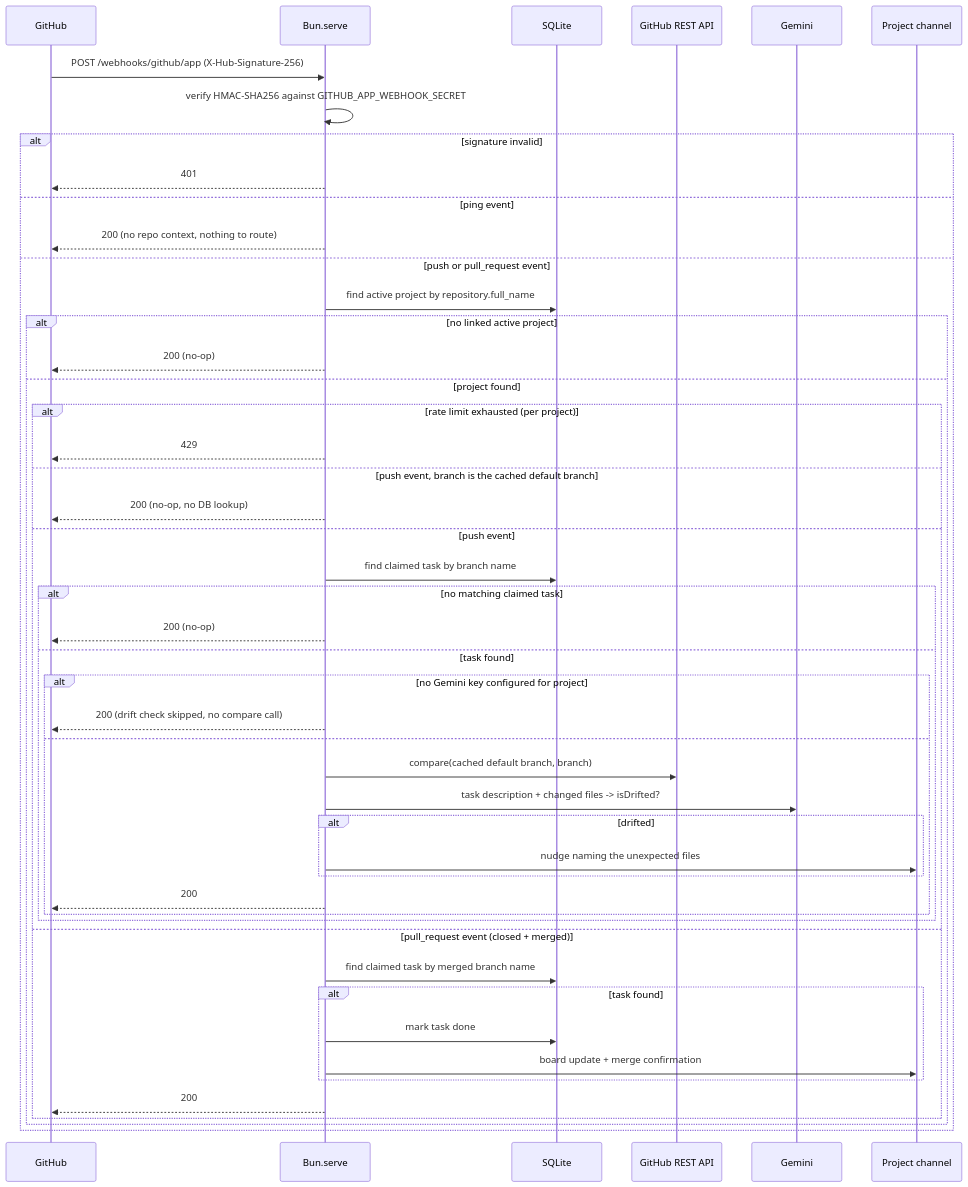
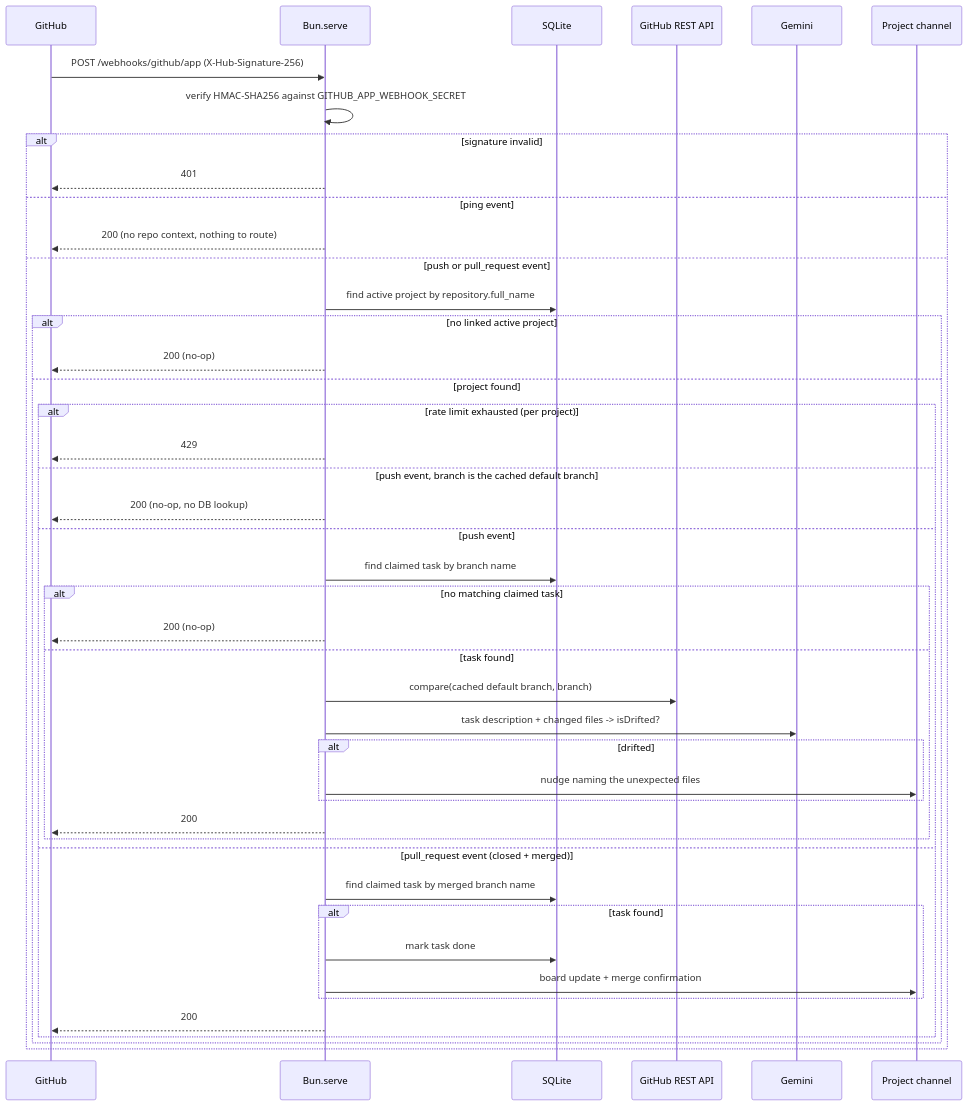
One commit to PratikDev/spud changed the second of 2 diagrams in README.md. Above: the diagram before and after it, drawn with Mermaid. The commit also changed other lines of this file, not shown here.

Commit message:
Document the shared Gemini key in the README

````diff
--- a/README.md
+++ b/README.md
@@ -62,51 +61,47 @@
 ```mermaid
 sequenceDiagram
     participant GH as GitHub
     participant HTTP as Bun.serve
     participant DB as SQLite
     participant API as GitHub REST API
     participant LLM as Gemini
     participant Discord as Project channel
 
     GH->>HTTP: POST /webhooks/github/app (X-Hub-Signature-256)
     HTTP->>HTTP: verify HMAC-SHA256 against GITHUB_APP_WEBHOOK_SECRET
     alt signature invalid
         HTTP-->>GH: 401
     else ping event
         HTTP-->>GH: 200 (no repo context, nothing to route)
     else push or pull_request event
         HTTP->>DB: find active project by repository.full_name
         alt no linked active project
             HTTP-->>GH: 200 (no-op)
         else project found
             alt rate limit exhausted (per project)
                 HTTP-->>GH: 429
             else push event, branch is the cached default branch
                 HTTP-->>GH: 200 (no-op, no DB lookup)
             else push event
                 HTTP->>DB: find claimed task by branch name
                 alt no matching claimed task
                     HTTP-->>GH: 200 (no-op)
                 else task found
-                    alt no Gemini key configured for project
-                        HTTP-->>GH: 200 (drift check skipped, no compare call)
-                    else
-                        HTTP->>API: compare(cached default branch, branch)
-                        HTTP->>LLM: task description + changed files -> isDrifted?
-                        alt drifted
-                            HTTP->>Discord: nudge naming the unexpected files
-                        end
-                        HTTP-->>GH: 200
+                    HTTP->>API: compare(cached default branch, branch)
+                    HTTP->>LLM: task description + changed files -> isDrifted?
+                    alt drifted
+                        HTTP->>Discord: nudge naming the unexpected files
                     end
+                    HTTP-->>GH: 200
                 end
             else pull_request event (closed + merged)
                 HTTP->>DB: find claimed task by merged branch name
                 alt task found
                     HTTP->>DB: mark task done
                     HTTP->>Discord: board update + merge confirmation
                 end
                 HTTP-->>GH: 200
             end
         end
     end
 ```
````
